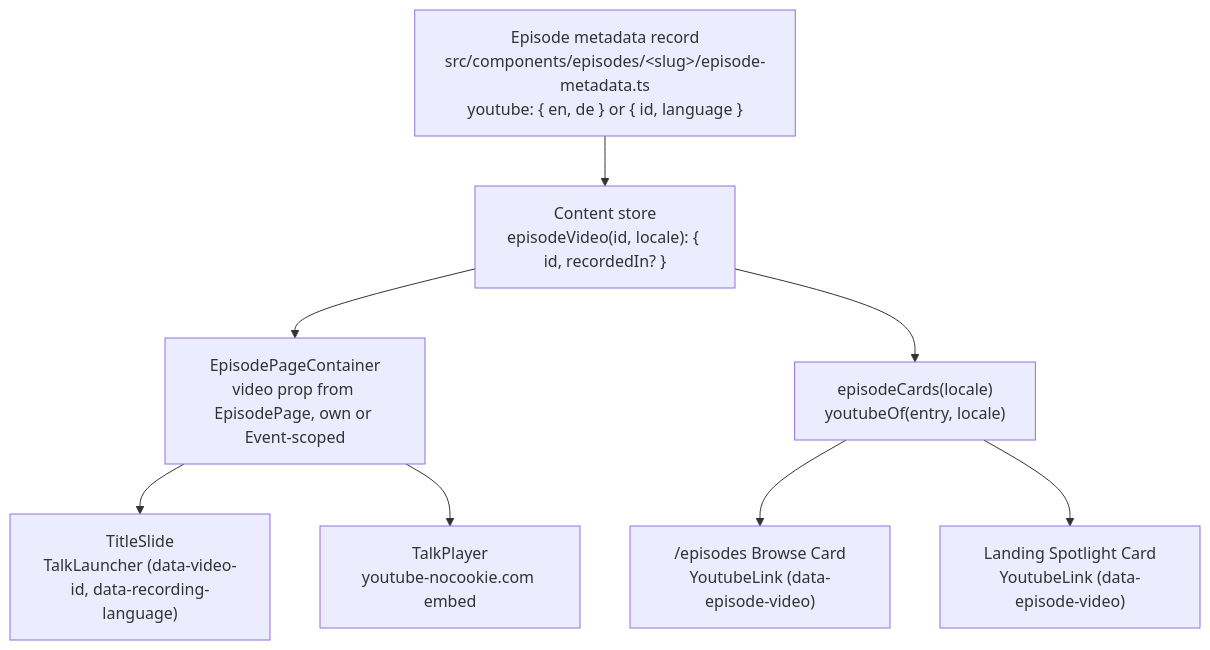
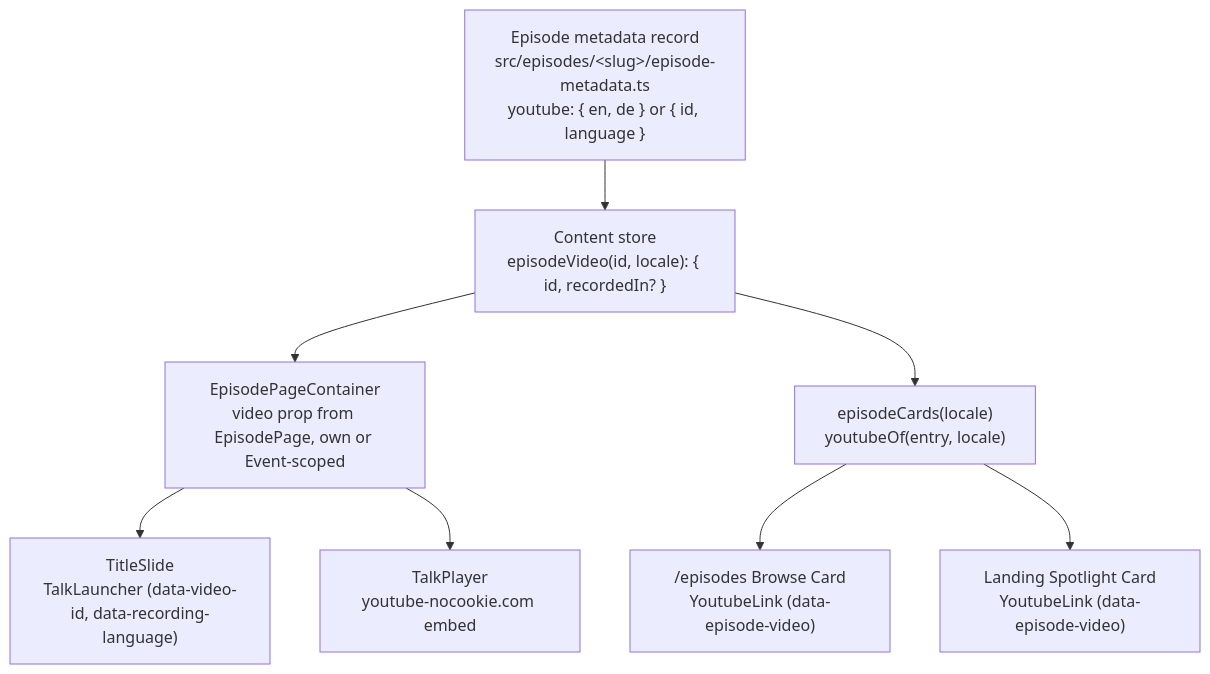
One commit to hancrafted/content-library changed the diagram in skills/episode-add-youtube/SKILL.md. Above: the diagram before and after it, drawn with Mermaid. The commit also changed other lines of this file and 1479 other files, not shown here.

````diff
--- a/skills/episode-add-youtube/SKILL.md
+++ b/skills/episode-add-youtube/SKILL.md
@@ -96,11 +96,11 @@
 ```mermaid
 flowchart TD
-  R["Episode metadata record<br/>src/components/episodes/&lt;slug&gt;/episode-metadata.ts<br/>youtube: { en, de } or { id, language }"]
+  R["Episode metadata record<br/>src/episodes/&lt;slug&gt;/episode-metadata.ts<br/>youtube: { en, de } or { id, language }"]
   R --> S["Content store<br/>episodeVideo(id, locale): { id, recordedIn? }"]
   S --> C["EpisodePageContainer<br/>video prop from EpisodePage, own or Event-scoped"]
   S --> EC["episodeCards(locale)<br/>youtubeOf(entry, locale)"]
   C --> TS["TitleSlide<br/>TalkLauncher (data-video-id, data-recording-language)"]
   C --> TP["TalkPlayer<br/>youtube-nocookie.com embed"]
   EC --> EP["/episodes Browse Card<br/>YoutubeLink (data-episode-video)"]
   EC --> LP["Landing Spotlight Card<br/>YoutubeLink (data-episode-video)"]
 ```
````
